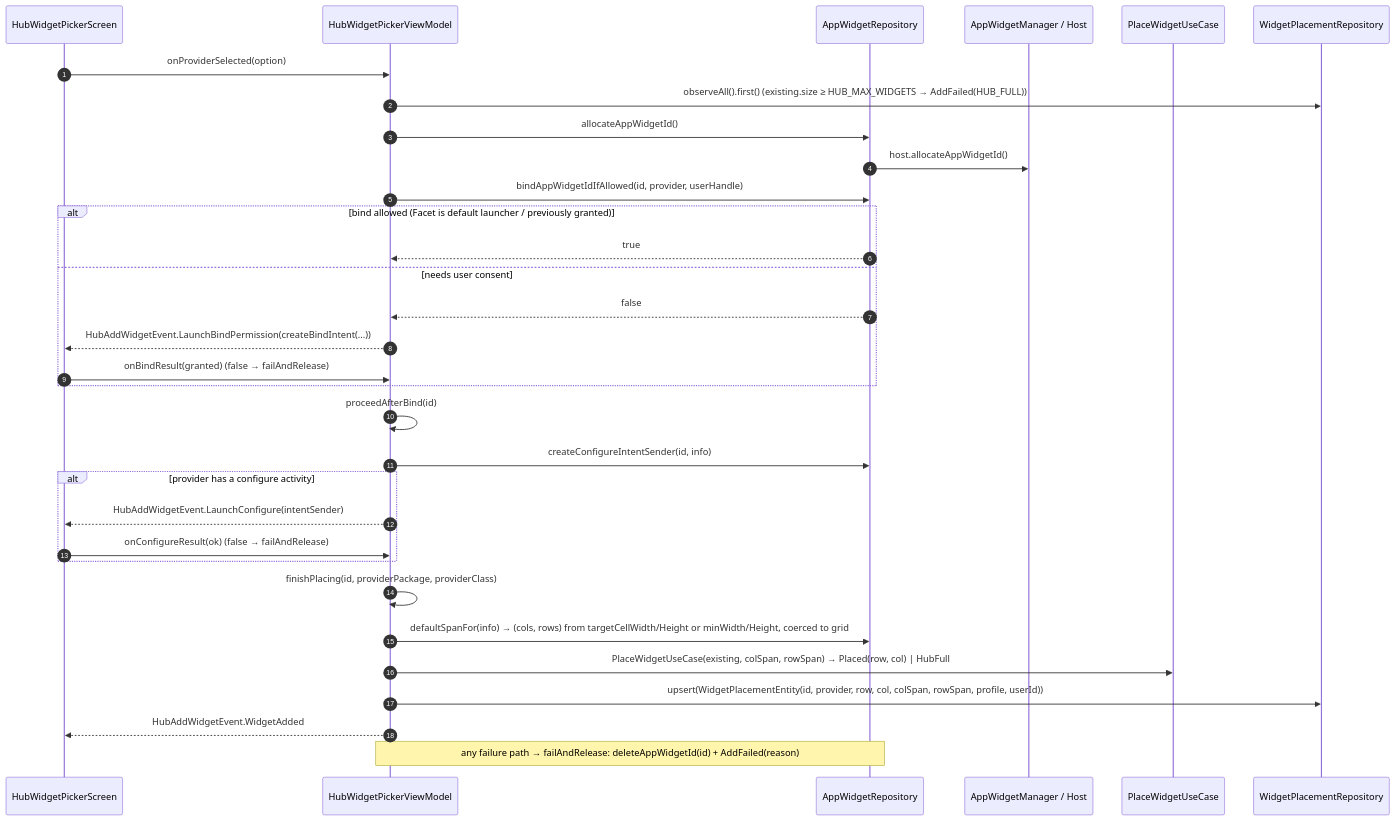
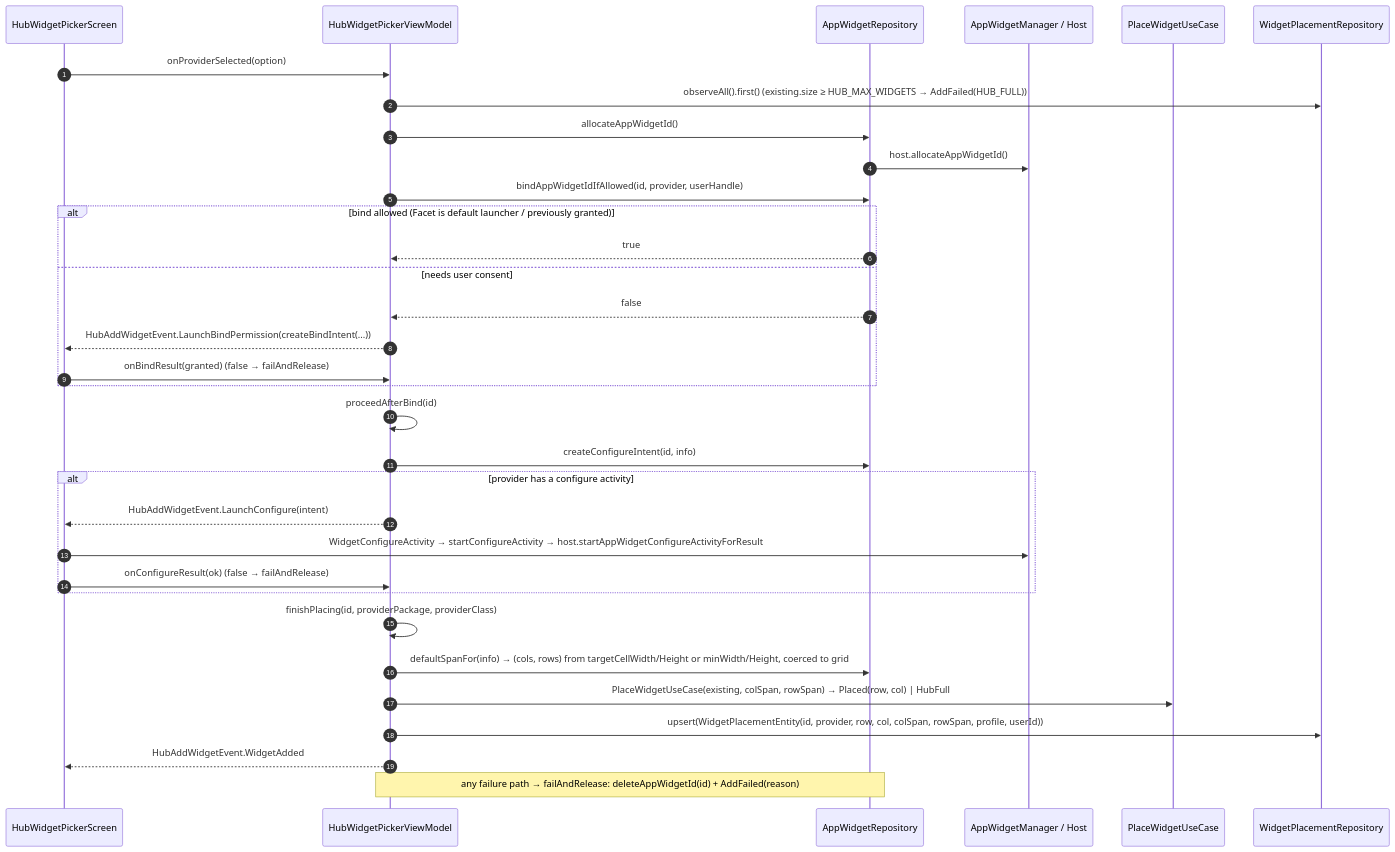
One commit to rohitganjam/facet-launcher changed the second of 4 diagrams in docs/architecture/10-flow-hub-widgets.md. Above: the diagram before and after it, drawn with Mermaid. The commit also changed other lines of this file and 25 other files, not shown here.

First line of the commit message:
Open widget configure screens through AppWidgetHost

````diff
--- a/docs/architecture/10-flow-hub-widgets.md
+++ b/docs/architecture/10-flow-hub-widgets.md
@@ -56,34 +56,35 @@
 ```mermaid
 sequenceDiagram
     autonumber
     participant P as HubWidgetPickerScreen
     participant VM as HubWidgetPickerViewModel
     participant AWR as AppWidgetRepository
     participant SYS as AppWidgetManager / Host
     participant UC as PlaceWidgetUseCase
     participant WPR as WidgetPlacementRepository
     P->>VM: onProviderSelected(option)
     VM->>WPR: observeAll().first()  (existing.size ≥ HUB_MAX_WIDGETS → AddFailed(HUB_FULL))
     VM->>AWR: allocateAppWidgetId()
     AWR->>SYS: host.allocateAppWidgetId()
     VM->>AWR: bindAppWidgetIdIfAllowed(id, provider, userHandle)
     alt bind allowed (Facet is default launcher / previously granted)
         AWR-->>VM: true
     else needs user consent
         AWR-->>VM: false
         VM-->>P: HubAddWidgetEvent.LaunchBindPermission(createBindIntent(...))
         P->>VM: onBindResult(granted)   (false → failAndRelease)
     end
     VM->>VM: proceedAfterBind(id)
-    VM->>AWR: createConfigureIntentSender(id, info)
+    VM->>AWR: createConfigureIntent(id, info)
     alt provider has a configure activity
-        VM-->>P: HubAddWidgetEvent.LaunchConfigure(intentSender)
+        VM-->>P: HubAddWidgetEvent.LaunchConfigure(intent)
+        P->>SYS: WidgetConfigureActivity → startConfigureActivity → host.startAppWidgetConfigureActivityForResult
         P->>VM: onConfigureResult(ok)   (false → failAndRelease)
     end
     VM->>VM: finishPlacing(id, providerPackage, providerClass)
     VM->>AWR: defaultSpanFor(info) → (cols, rows) from targetCellWidth/Height or minWidth/Height, coerced to grid
     VM->>UC: PlaceWidgetUseCase(existing, colSpan, rowSpan) → Placed(row, col) | HubFull
     VM->>WPR: upsert(WidgetPlacementEntity(id, provider, row, col, colSpan, rowSpan, profile, userId))
     VM-->>P: HubAddWidgetEvent.WidgetAdded
     Note over VM,AWR: any failure path → failAndRelease: deleteAppWidgetId(id) + AddFailed(reason)
 ```
````
